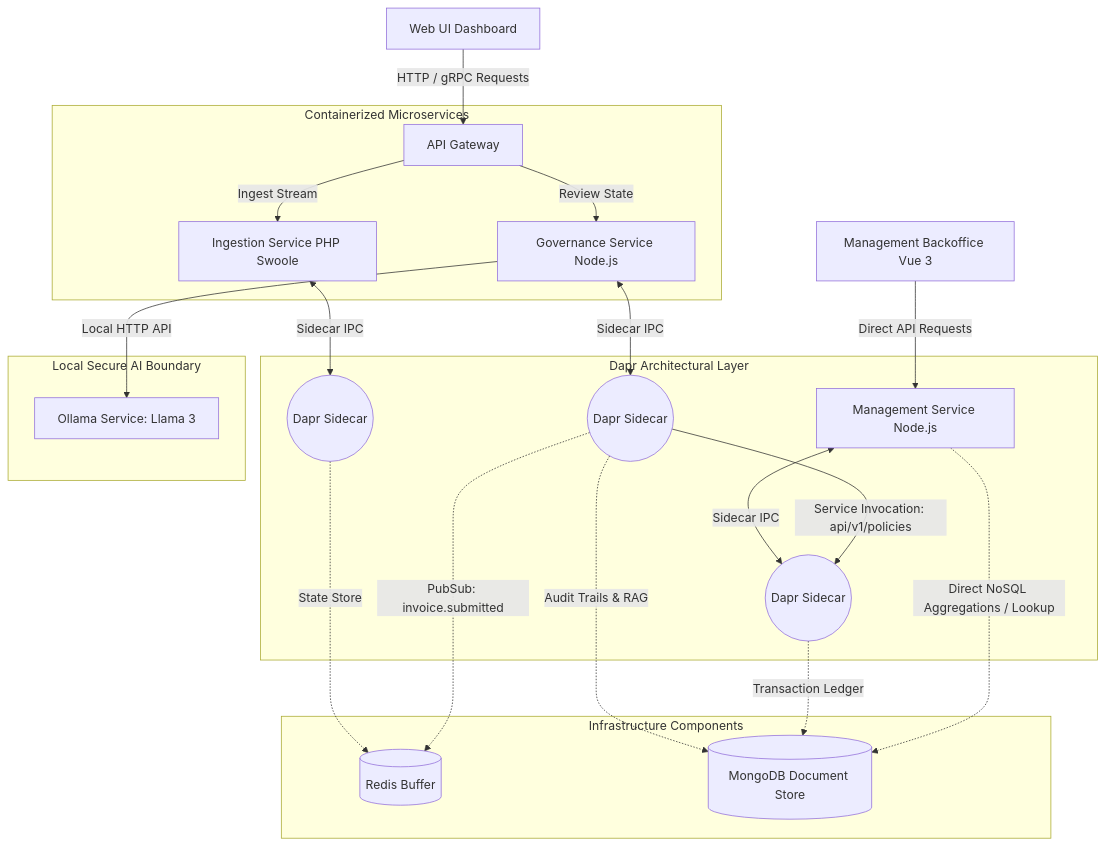
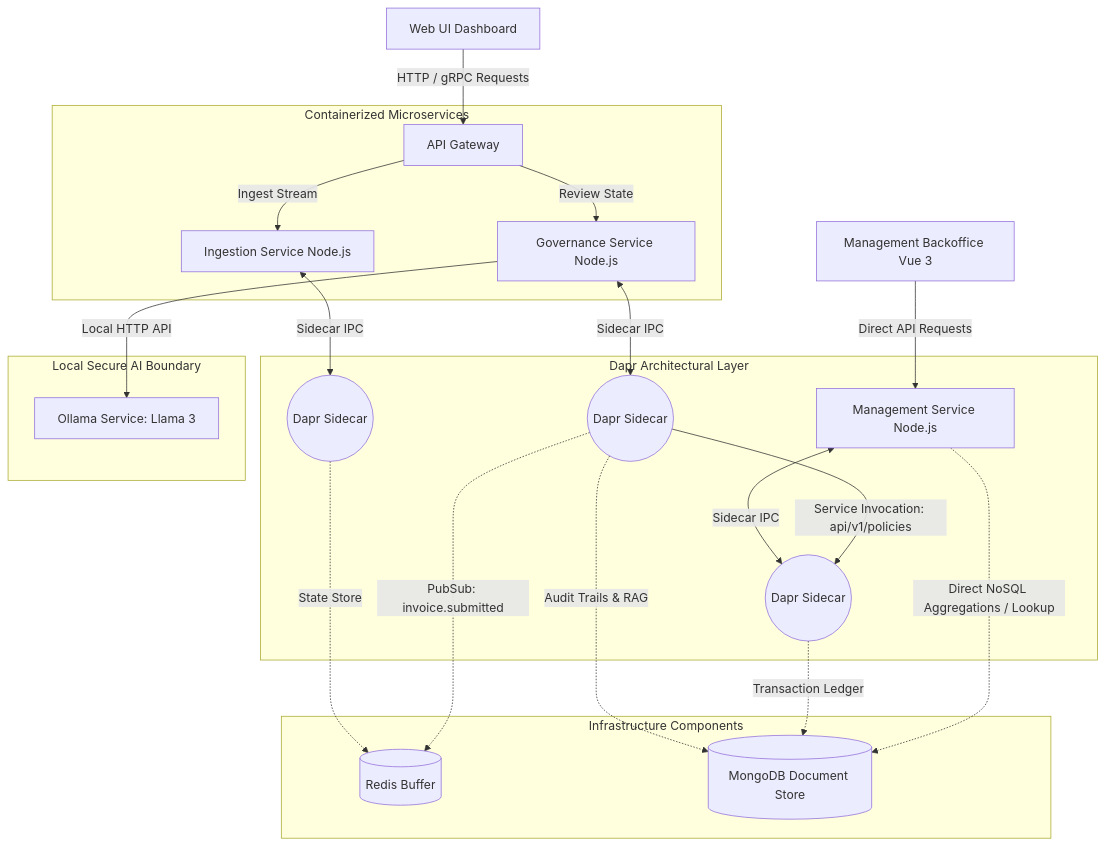
Before and after one commit to roman-shneer/InvoiceApprovalFlow: the first of 4 diagrams in docs/ARCHITECTURE.md, drawn with Mermaid. The commit also changed other lines of this file and 11 other files, not shown here.

Commit message:
feat(ingestion): migrate ingestion-service from PHP Swoole to Node.js

````diff
--- a/docs/ARCHITECTURE.md
+++ b/docs/ARCHITECTURE.md
@@ -22,29 +22,29 @@
 ```mermaid
 graph TD
     Client[Web UI Dashboard] -->|HTTP / gRPC Requests| Gateway[API Gateway]
     ManagerUI[Management Backoffice Vue 3] -->|Direct API Requests| Management[Management Service Node.js]
     
     subgraph Containerized Microservices
-        Gateway -->|Ingest Stream| Ingestion[Ingestion Service PHP Swoole]
+        Gateway -->|Ingest Stream| Ingestion[Ingestion Service Node.js]
         Gateway -->|Review State| Governance[Governance Service Node.js]
     end
 
     subgraph Dapr Architectural Layer
         Ingestion <-->|Sidecar IPC| Dapr1((Dapr Sidecar))
         Governance <-->|Sidecar IPC| Dapr2((Dapr Sidecar))
         Management <-->|Sidecar IPC| Dapr3((Dapr Sidecar))
     end
 
     subgraph Infrastructure Components
         Dapr1 -.->|State Store| Redis[(Redis Buffer)]
         Dapr2 -.->|PubSub: invoice.submitted| Redis
         Dapr2 -->|Service Invocation: api/v1/policies| Dapr3
         Dapr2 -.->|Audit Trails & RAG| DB[(MongoDB Document Store)]
         Dapr3 -.->|Transaction Ledger| DB
         Management -.->|Direct NoSQL Aggregations / Lookup| DB
     end
 
     subgraph Local Secure AI Boundary
         Governance -->|Local HTTP API| Ollama[Ollama Service: Llama 3]
     end
 ```
````
